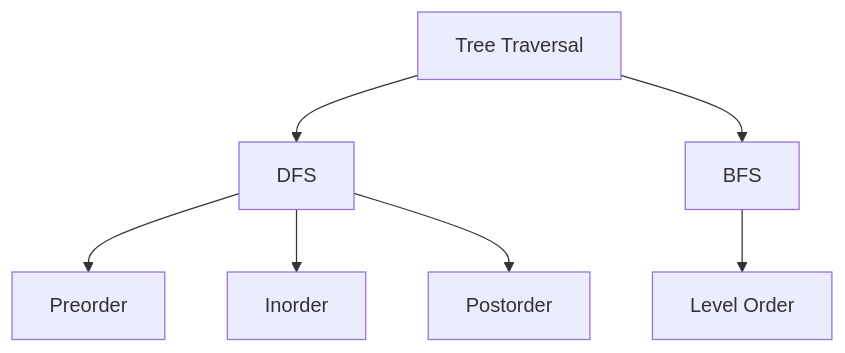
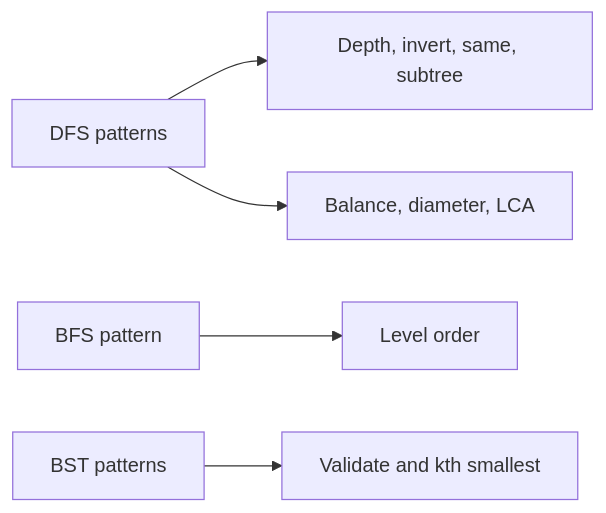
Before and after one commit to 9999dude/omega: the eighth of 19 diagrams in docs/datastructures/trees.md, drawn with Mermaid. The commit also changed other lines of this file and 58 other files, not shown here.

````diff
--- a/docs/datastructures/trees.md
+++ b/docs/datastructures/trees.md
@@ -403,9 +323,7 @@
 ```mermaid
-graph TD
-    A["Tree Traversal"] --> B["DFS"]
-    A --> C["BFS"]
-    B --> D["Preorder"]
-    B --> E["Inorder"]
-    B --> F["Postorder"]
-    C --> G["Level Order"]
+flowchart LR
+    DFS["DFS patterns"] --> P1["Depth, invert, same, subtree"]
+    DFS --> P2["Balance, diameter, LCA"]
+    BFS["BFS pattern"] --> P3["Level order"]
+    BST["BST patterns"] --> P4["Validate and kth smallest"]
 ```
````
